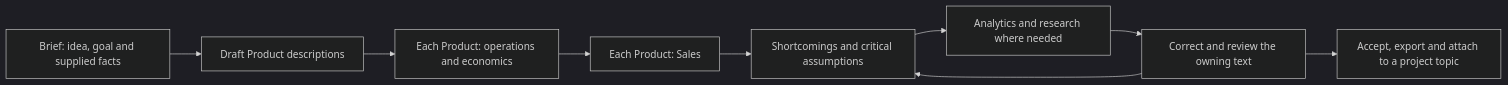
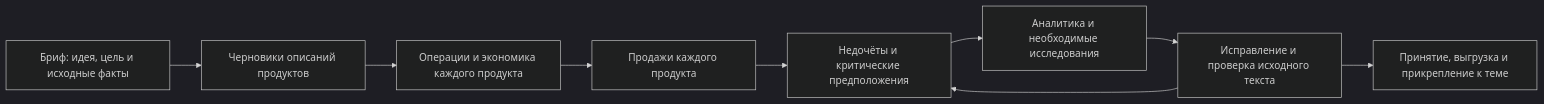
The diagram in apps/studio/workspace/products/singlepage/ai-chat/content/workspace-map.md (singlepagestartup/singlepagestartup), drawn with Mermaid (dark theme) before and after one commit. The commit also changed other lines of this file and 473 other files, not shown here.

````diff
--- a/apps/studio/workspace/products/singlepage/ai-chat/content/workspace-map.md
+++ b/apps/studio/workspace/products/singlepage/ai-chat/content/workspace-map.md
@@ -54,11 +44,11 @@
 ```mermaid
 flowchart LR
-    A[Brief: idea, goal and supplied facts] --> B[Draft Product descriptions]
-    B --> C[Each Product: operations and economics]
-    C --> D[Each Product: Sales]
-    D --> E[Shortcomings and critical assumptions]
-    E --> F[Analytics and research where needed]
-    F --> G[Correct and review the owning text]
-    G --> H[Accept, export and attach to a project topic]
+    A[Бриф: идея, цель и исходные факты] --> B[Черновики описаний продуктов]
+    B --> C[Операции и экономика каждого продукта]
+    C --> D[Продажи каждого продукта]
+    D --> E[Недочёты и критические предположения]
+    E --> F[Аналитика и необходимые исследования]
+    F --> G[Исправление и проверка исходного текста]
+    G --> H[Принятие, выгрузка и прикрепление к теме]
     G --> E
 ```
````
